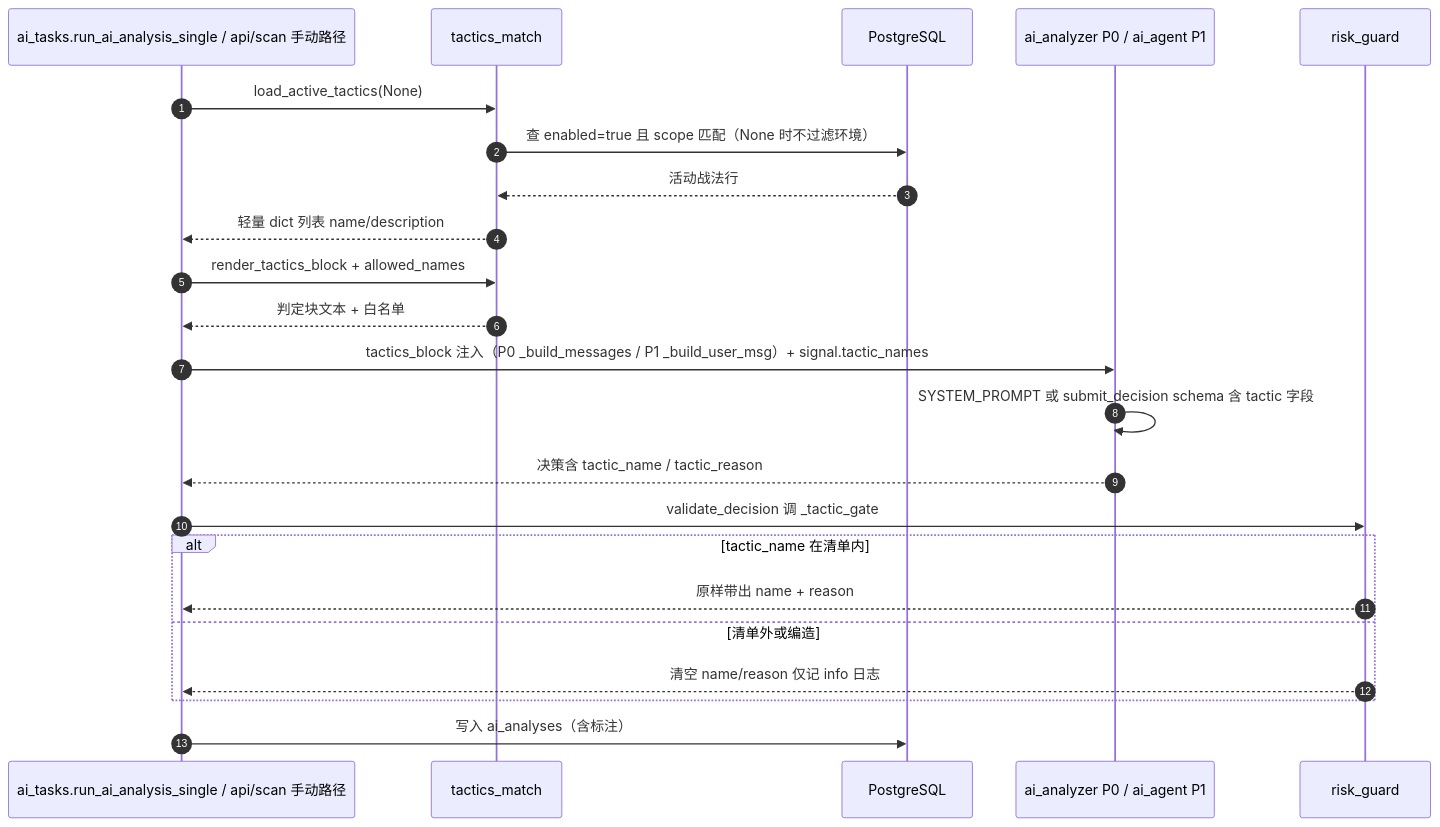
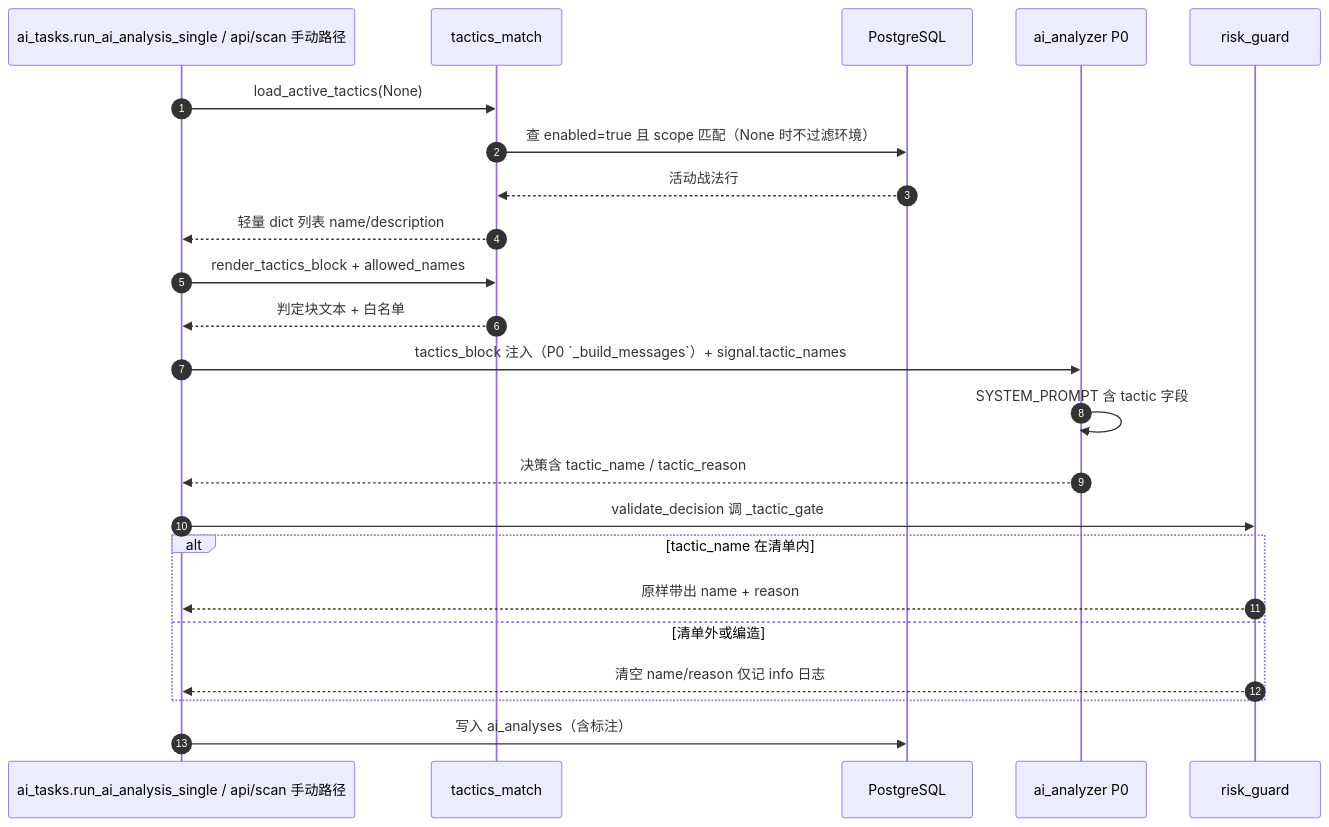
One commit to wwei-github/trading-workbench changed the fourth of 5 diagrams in docs/战法/10-战法模块.md. Above: the diagram before and after it, drawn with Mermaid. The commit also changed other lines of this file and 59 other files, not shown here.

````diff
--- a/docs/战法/10-战法模块.md
+++ b/docs/战法/10-战法模块.md
@@ -143,26 +143,26 @@
 ```mermaid
 sequenceDiagram
     autonumber
     participant T as ai_tasks.run_ai_analysis_single / api/scan 手动路径
     participant M as tactics_match
     participant DB as PostgreSQL
-    participant AI as ai_analyzer P0 / ai_agent P1
+    participant AI as ai_analyzer P0
     participant RG as risk_guard
 
     T->>M: load_active_tactics(None)
     M->>DB: 查 enabled=true 且 scope 匹配（None 时不过滤环境）
     DB-->>M: 活动战法行
     M-->>T: 轻量 dict 列表 name/description
     T->>M: render_tactics_block + allowed_names
     M-->>T: 判定块文本 + 白名单
-    T->>AI: tactics_block 注入（P0 _build_messages / P1 _build_user_msg）+ signal.tactic_names
-    AI->>AI: SYSTEM_PROMPT 或 submit_decision schema 含 tactic 字段
+    T->>AI: tactics_block 注入（P0 `_build_messages`）+ signal.tactic_names
+    AI->>AI: SYSTEM_PROMPT 含 tactic 字段
     AI-->>T: 决策含 tactic_name / tactic_reason
     T->>RG: validate_decision 调 _tactic_gate
     alt tactic_name 在清单内
         RG-->>T: 原样带出 name + reason
     else 清单外或编造
         RG-->>T: 清空 name/reason 仅记 info 日志
     end
     T->>DB: 写入 ai_analyses（含标注）
 ```
````
